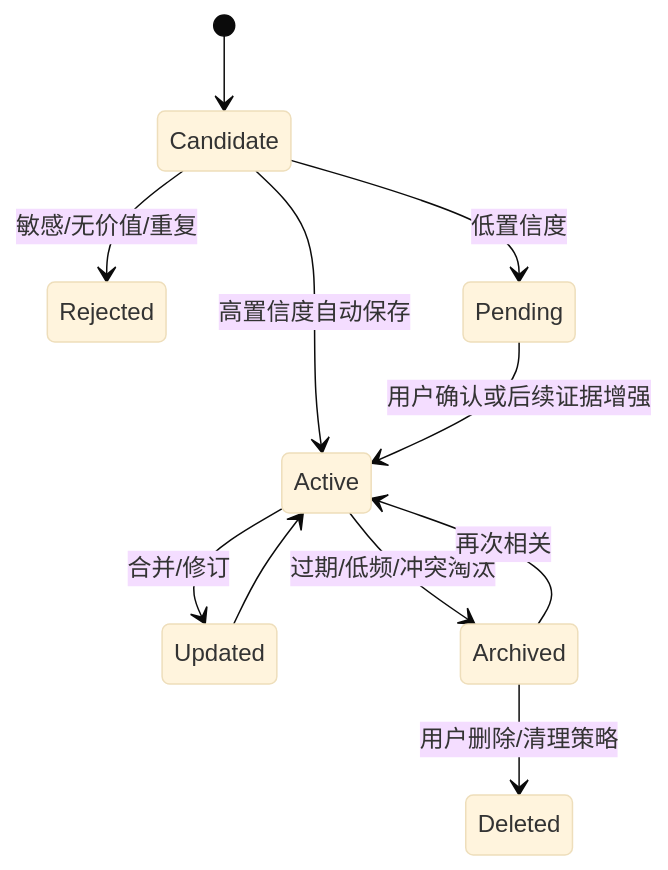
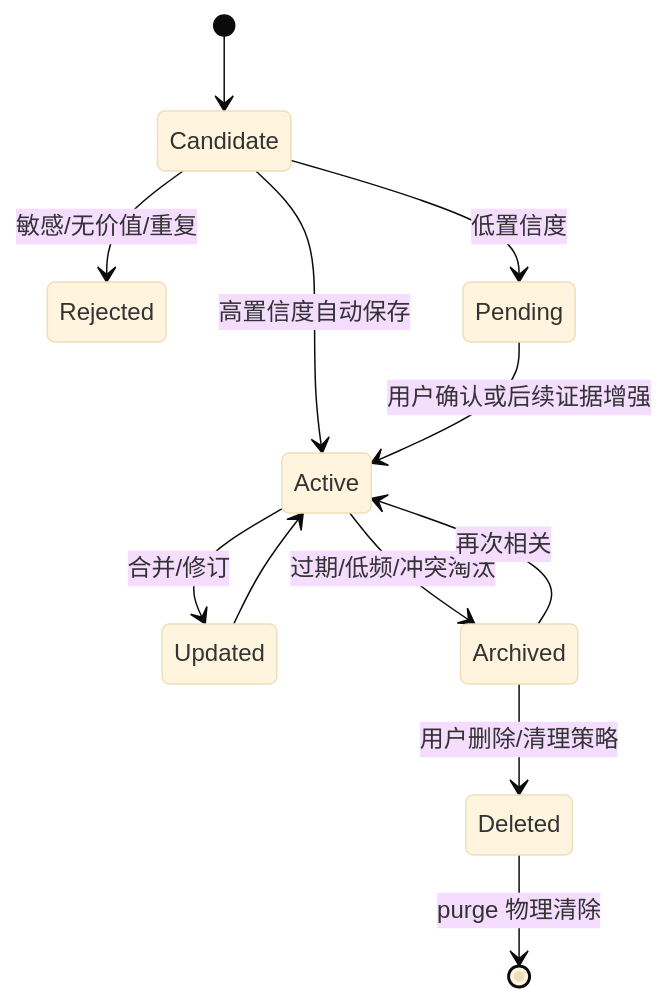
Before and after one commit to linlangli/AxiomRuntime: the third of 5 diagrams in docs/memory-system-spec.md, drawn with Mermaid (base theme). The commit also changed other lines of this file and 3 other files, not shown here.

````diff
--- a/docs/memory-system-spec.md
+++ b/docs/memory-system-spec.md
@@ -198,13 +411,14 @@
 ```mermaid
 stateDiagram-v2
   [*] --> Candidate
   Candidate --> Rejected: 敏感/无价值/重复
   Candidate --> Pending: 低置信度
   Candidate --> Active: 高置信度自动保存
   Pending --> Active: 用户确认或后续证据增强
   Active --> Updated: 合并/修订
   Updated --> Active
   Active --> Archived: 过期/低频/冲突淘汰
   Archived --> Active: 再次相关
   Archived --> Deleted: 用户删除/清理策略
+  Deleted --> [*]: purge 物理清除
 ```
````
